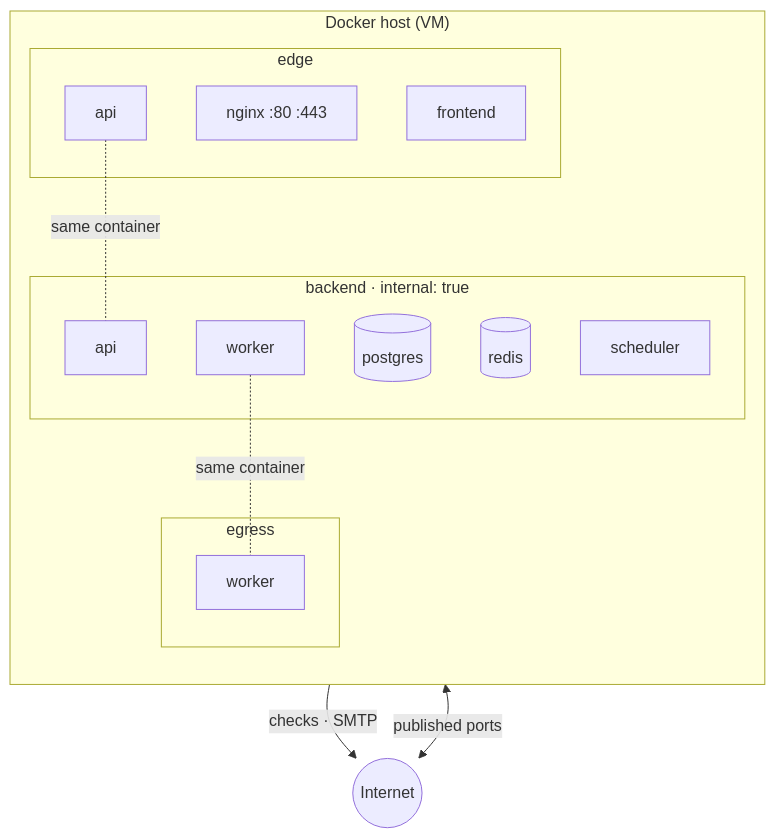
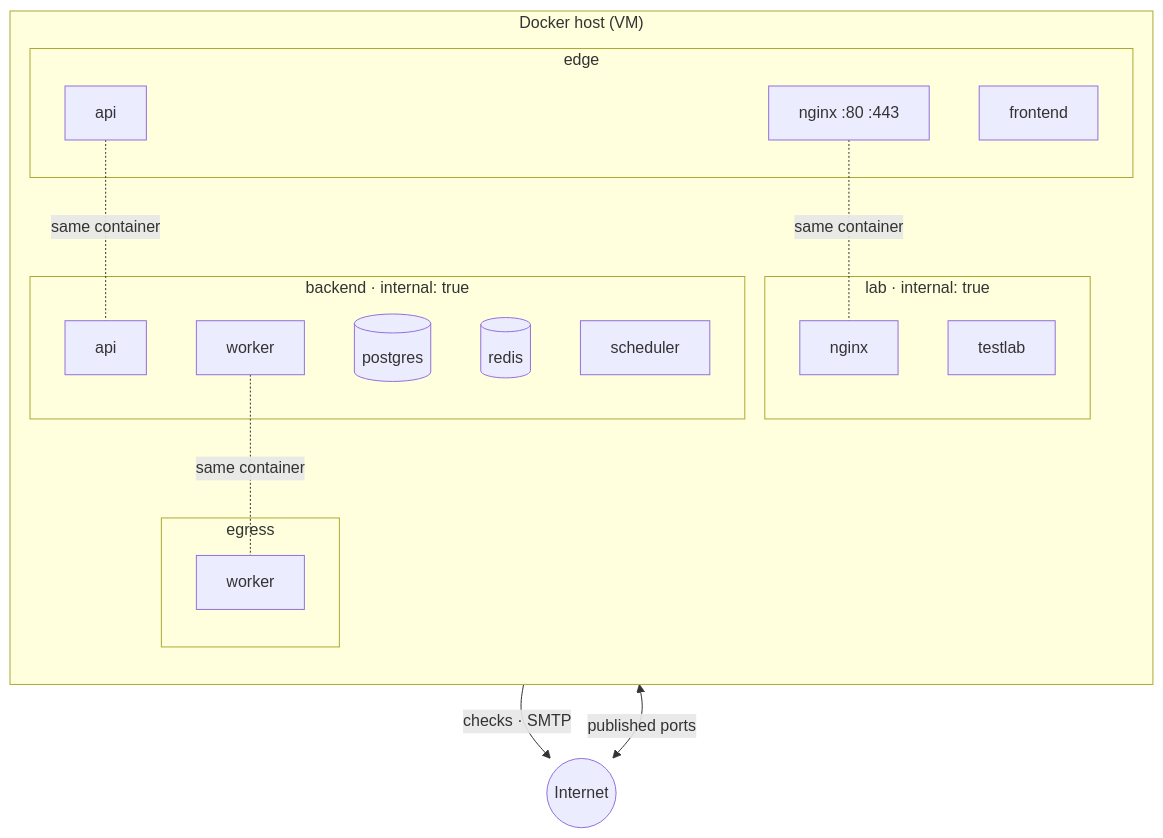
One commit to ashutosh-lodha/UptimeHQ changed the second of 11 diagrams in README.md. Above: the diagram before and after it, drawn with Mermaid. The commit also changed other lines of this file and 45 other files, not shown here.

````diff
--- a/README.md
+++ b/README.md
@@ -179,26 +245,31 @@
 ```mermaid
 flowchart TB
     internet(("Internet"))
     subgraph host["Docker host (VM)"]
         direction TB
         subgraph edgeNet["edge"]
             nginx["nginx :80 :443"]
             frontend["frontend"]
             api["api"]
         end
         subgraph backendNet["backend · internal: true"]
             postgres[("postgres")]
             redis[("redis")]
             api2["api"]
             worker["worker"]
             scheduler["scheduler"]
         end
+        subgraph labNet["lab · internal: true"]
+            nginx2["nginx"]
+            testlab["testlab"]
+        end
         subgraph egressNet["egress"]
             worker2["worker"]
         end
     end
     internet <-->|published ports| nginx
     worker2 -->|checks · SMTP| internet
     api -. same container .- api2
+    nginx -. same container .- nginx2
     worker -. same container .- worker2
 ```
````
